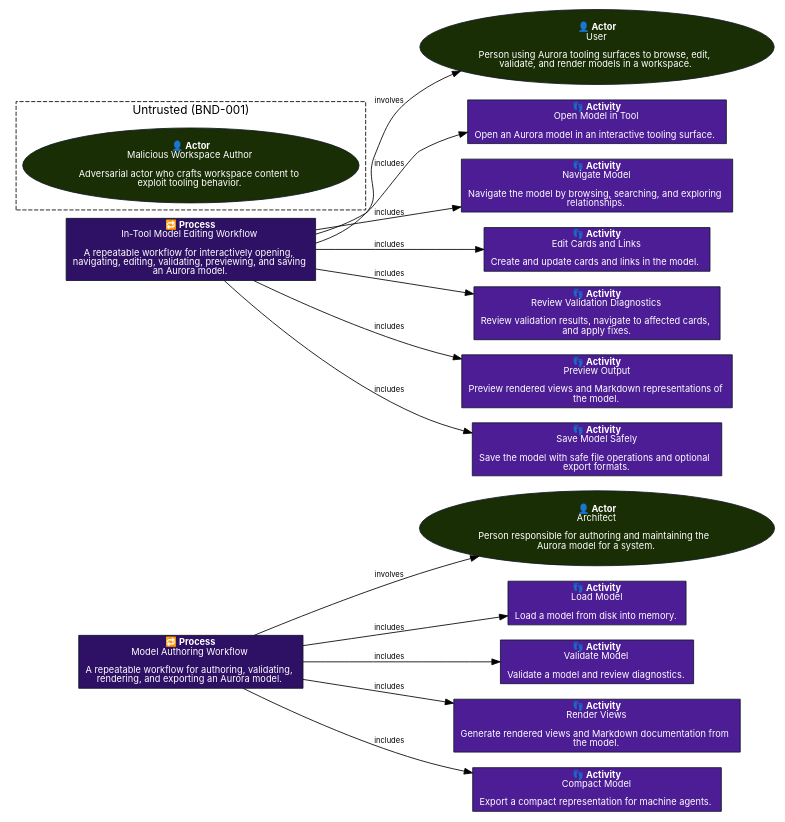
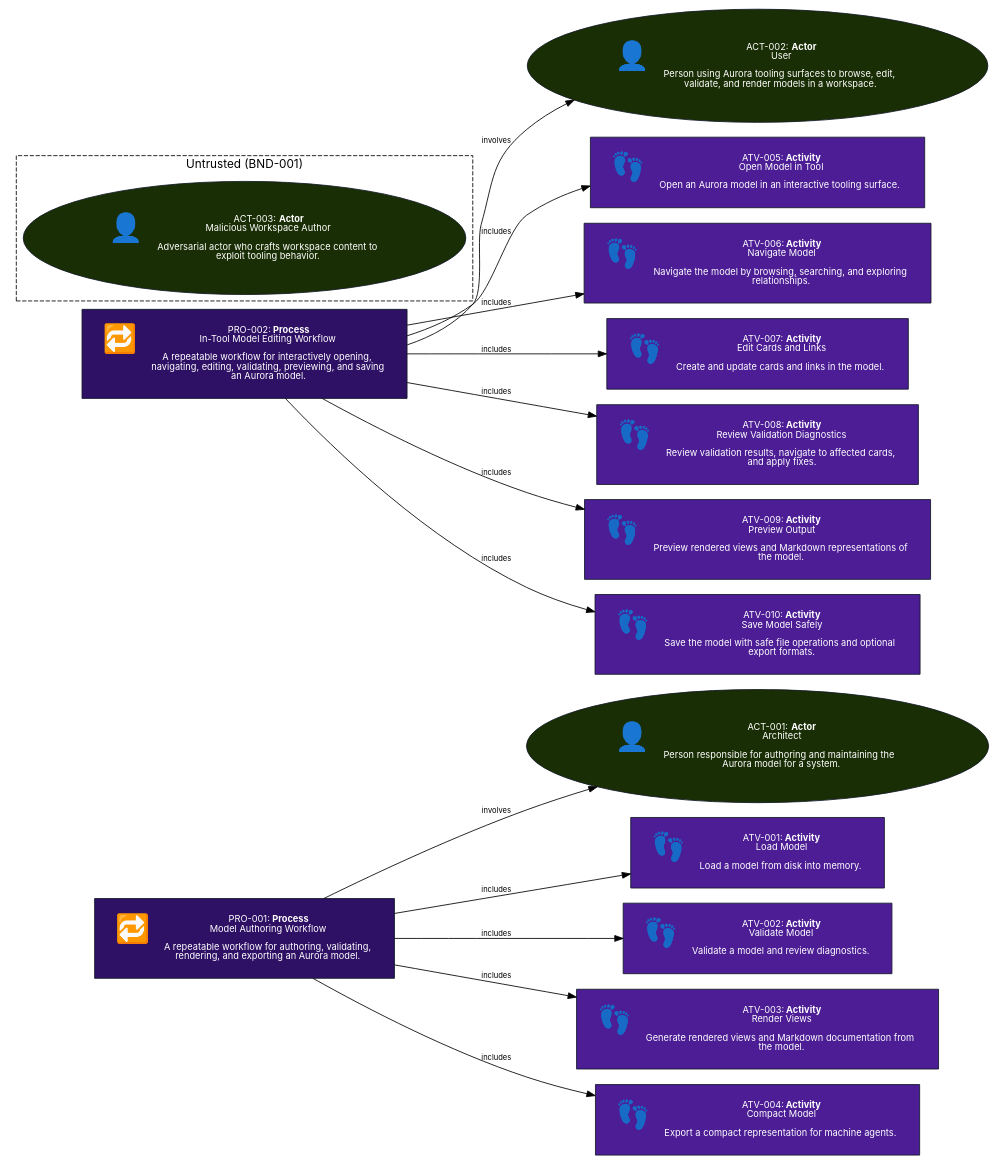
Before and after one commit to JEleniel/aurora: the diagram in docs/design/MIS-001-Provide_Default_Tooling_for_AURORA/Views/source/Runbook_Playbook_Set.view.dot, drawn with Graphviz. The commit also changed 280 other files, not shown here.

```diff
--- a/docs/design/MIS-001-Provide_Default_Tooling_for_AURORA/Views/source/Runbook_Playbook_Set.view.dot
+++ b/docs/design/MIS-001-Provide_Default_Tooling_for_AURORA/Views/source/Runbook_Playbook_Set.view.dot
@@ -1,36 +1,36 @@
 digraph "Runbook / Playbook Set View" {
 	graph [bgcolor="#FFFFFF", fontname="Inter", rankdir="LR", splines="spline"];
 	node [color="#111827", fillcolor="#E5E7EB", fontcolor="#111827", fontname="Inter", fontsize="11", shape="box", style="filled"];
 	edge [color="#000000", fontcolor="#000000", fontname="Inter", fontsize="9"];
-	"ACT-001" [fillcolor="#1a2e05", fontcolor="#FFFFFF", label=<<FONT><B>👤 Actor</B><br />Architect<br /><br />Person responsible for authoring and maintaining the<br />Aurora model for a system.</FONT>>, shape="ellipse"];
-	"ACT-002" [fillcolor="#1a2e05", fontcolor="#FFFFFF", label=<<FONT><B>👤 Actor</B><br />User<br /><br />Person using Aurora tooling surfaces to browse, edit,<br />validate, and render models in a workspace.</FONT>>, shape="ellipse"];
-	"ACT-003" [fillcolor="#1a2e05", fontcolor="#FFFFFF", label=<<FONT><B>👤 Actor</B><br />Malicious Workspace Author<br /><br />Adversarial actor who crafts workspace content to<br />exploit tooling behavior.</FONT>>, shape="ellipse"];
-	"ATV-001" [fillcolor="#4c1d95", fontcolor="#FFFFFF", label=<<FONT><B>👣 Activity</B><br />Load Model<br /><br />Load a model from disk into memory.</FONT>>, shape="box"];
-	"ATV-002" [fillcolor="#4c1d95", fontcolor="#FFFFFF", label=<<FONT><B>👣 Activity</B><br />Validate Model<br /><br />Validate a model and review diagnostics.</FONT>>, shape="box"];
-	"ATV-003" [fillcolor="#4c1d95", fontcolor="#FFFFFF", label=<<FONT><B>👣 Activity</B><br />Render Views<br /><br />Generate rendered views and Markdown documentation from<br />the model.</FONT>>, shape="box"];
-	"ATV-004" [fillcolor="#4c1d95", fontcolor="#FFFFFF", label=<<FONT><B>👣 Activity</B><br />Compact Model<br /><br />Export a compact representation for machine agents.</FONT>>, shape="box"];
-	"ATV-005" [fillcolor="#4c1d95", fontcolor="#FFFFFF", label=<<FONT><B>👣 Activity</B><br />Open Model in Tool<br /><br />Open an Aurora model in an interactive tooling surface.</FONT>>, shape="box"];
-	"ATV-006" [fillcolor="#4c1d95", fontcolor="#FFFFFF", label=<<FONT><B>👣 Activity</B><br />Navigate Model<br /><br />Navigate the model by browsing, searching, and exploring<br />relationships.</FONT>>, shape="box"];
-	"ATV-007" [fillcolor="#4c1d95", fontcolor="#FFFFFF", label=<<FONT><B>👣 Activity</B><br />Edit Cards and Links<br /><br />Create and update cards and links in the model.</FONT>>, shape="box"];
-	"ATV-008" [fillcolor="#4c1d95", fontcolor="#FFFFFF", label=<<FONT><B>👣 Activity</B><br />Review Validation Diagnostics<br /><br />Review validation results, navigate to affected cards,<br />and apply fixes.</FONT>>, shape="box"];
-	"ATV-009" [fillcolor="#4c1d95", fontcolor="#FFFFFF", label=<<FONT><B>👣 Activity</B><br />Preview Output<br /><br />Preview rendered views and Markdown representations of<br />the model.</FONT>>, shape="box"];
-	"ATV-010" [fillcolor="#4c1d95", fontcolor="#FFFFFF", label=<<FONT><B>👣 Activity</B><br />Save Model Safely<br /><br />Save the model with safe file operations and optional<br />export formats.</FONT>>, shape="box"];
-	"PRO-001" [fillcolor="#2e1065", fontcolor="#FFFFFF", label=<<FONT><B>🔁 Process</B><br />Model Authoring Workflow<br /><br />A repeatable workflow for authoring, validating,<br />rendering, and exporting an Aurora model.</FONT>>, shape="box"];
-	"PRO-002" [fillcolor="#2e1065", fontcolor="#FFFFFF", label=<<FONT><B>🔁 Process</B><br />In-Tool Model Editing Workflow<br /><br />A repeatable workflow for interactively opening,<br />navigating, editing, validating, previewing, and saving<br />an Aurora model.</FONT>>, shape="box"];
+	"ACT-001" [fillcolor="#1a2e05", fontcolor="#FFFFFF", label=<<TABLE BORDER="0" CELLBORDER="0" CELLSPACING="16" CELLPADDING="0"><TR><TD ALIGN="LEFT" VALIGN="TOP"><FONT POINT-SIZE="33">👤</FONT></TD><TD ALIGN="LEFT" VALIGN="TOP"><FONT>ACT-001: <B>Actor</B><BR/>Architect<BR/>&#160;<BR/>Person responsible for authoring and maintaining the<BR/>Aurora model for a system.</FONT></TD></TR></TABLE>>, shape="ellipse"];
+	"ACT-002" [fillcolor="#1a2e05", fontcolor="#FFFFFF", label=<<TABLE BORDER="0" CELLBORDER="0" CELLSPACING="16" CELLPADDING="0"><TR><TD ALIGN="LEFT" VALIGN="TOP"><FONT POINT-SIZE="33">👤</FONT></TD><TD ALIGN="LEFT" VALIGN="TOP"><FONT>ACT-002: <B>Actor</B><BR/>User<BR/>&#160;<BR/>Person using Aurora tooling surfaces to browse, edit,<BR/>validate, and render models in a workspace.</FONT></TD></TR></TABLE>>, shape="ellipse"];
+	"ACT-003" [fillcolor="#1a2e05", fontcolor="#FFFFFF", label=<<TABLE BORDER="0" CELLBORDER="0" CELLSPACING="16" CELLPADDING="0"><TR><TD ALIGN="LEFT" VALIGN="TOP"><FONT POINT-SIZE="33">👤</FONT></TD><TD ALIGN="LEFT" VALIGN="TOP"><FONT>ACT-003: <B>Actor</B><BR/>Malicious Workspace Author<BR/>&#160;<BR/>Adversarial actor who crafts workspace content to<BR/>exploit tooling behavior.</FONT></TD></TR></TABLE>>, shape="ellipse"];
+	"ATV-001" [fillcolor="#4c1d95", fontcolor="#FFFFFF", label=<<TABLE BORDER="0" CELLBORDER="0" CELLSPACING="16" CELLPADDING="0"><TR><TD ALIGN="LEFT" VALIGN="TOP"><FONT POINT-SIZE="33">👣</FONT></TD><TD ALIGN="LEFT" VALIGN="TOP"><FONT>ATV-001: <B>Activity</B><BR/>Load Model<BR/>&#160;<BR/>Load a model from disk into memory.</FONT></TD></TR></TABLE>>, shape="box"];
+	"ATV-002" [fillcolor="#4c1d95", fontcolor="#FFFFFF", label=<<TABLE BORDER="0" CELLBORDER="0" CELLSPACING="16" CELLPADDING="0"><TR><TD ALIGN="LEFT" VALIGN="TOP"><FONT POINT-SIZE="33">👣</FONT></TD><TD ALIGN="LEFT" VALIGN="TOP"><FONT>ATV-002: <B>Activity</B><BR/>Validate Model<BR/>&#160;<BR/>Validate a model and review diagnostics.</FONT></TD></TR></TABLE>>, shape="box"];
+	"ATV-003" [fillcolor="#4c1d95", fontcolor="#FFFFFF", label=<<TABLE BORDER="0" CELLBORDER="0" CELLSPACING="16" CELLPADDING="0"><TR><TD ALIGN="LEFT" VALIGN="TOP"><FONT POINT-SIZE="33">👣</FONT></TD><TD ALIGN="LEFT" VALIGN="TOP"><FONT>ATV-003: <B>Activity</B><BR/>Render Views<BR/>&#160;<BR/>Generate rendered views and Markdown documentation from<BR/>the model.</FONT></TD></TR></TABLE>>, shape="box"];
+	"ATV-004" [fillcolor="#4c1d95", fontcolor="#FFFFFF", label=<<TABLE BORDER="0" CELLBORDER="0" CELLSPACING="16" CELLPADDING="0"><TR><TD ALIGN="LEFT" VALIGN="TOP"><FONT POINT-SIZE="33">👣</FONT></TD><TD ALIGN="LEFT" VALIGN="TOP"><FONT>ATV-004: <B>Activity</B><BR/>Compact Model<BR/>&#160;<BR/>Export a compact representation for machine agents.</FONT></TD></TR></TABLE>>, shape="box"];
+	"ATV-005" [fillcolor="#4c1d95", fontcolor="#FFFFFF", label=<<TABLE BORDER="0" CELLBORDER="0" CELLSPACING="16" CELLPADDING="0"><TR><TD ALIGN="LEFT" VALIGN="TOP"><FONT POINT-SIZE="33">👣</FONT></TD><TD ALIGN="LEFT" VALIGN="TOP"><FONT>ATV-005: <B>Activity</B><BR/>Open Model in Tool<BR/>&#160;<BR/>Open an Aurora model in an interactive tooling surface.</FONT></TD></TR></TABLE>>, shape="box"];
+	"ATV-006" [fillcolor="#4c1d95", fontcolor="#FFFFFF", label=<<TABLE BORDER="0" CELLBORDER="0" CELLSPACING="16" CELLPADDING="0"><TR><TD ALIGN="LEFT" VALIGN="TOP"><FONT POINT-SIZE="33">👣</FONT></TD><TD ALIGN="LEFT" VALIGN="TOP"><FONT>ATV-006: <B>Activity</B><BR/>Navigate Model<BR/>&#160;<BR/>Navigate the model by browsing, searching, and exploring<BR/>relationships.</FONT></TD></TR></TABLE>>, shape="box"];
+	"ATV-007" [fillcolor="#4c1d95", fontcolor="#FFFFFF", label=<<TABLE BORDER="0" CELLBORDER="0" CELLSPACING="16" CELLPADDING="0"><TR><TD ALIGN="LEFT" VALIGN="TOP"><FONT POINT-SIZE="33">👣</FONT></TD><TD ALIGN="LEFT" VALIGN="TOP"><FONT>ATV-007: <B>Activity</B><BR/>Edit Cards and Links<BR/>&#160;<BR/>Create and update cards and links in the model.</FONT></TD></TR></TABLE>>, shape="box"];
+	"ATV-008" [fillcolor="#4c1d95", fontcolor="#FFFFFF", label=<<TABLE BORDER="0" CELLBORDER="0" CELLSPACING="16" CELLPADDING="0"><TR><TD ALIGN="LEFT" VALIGN="TOP"><FONT POINT-SIZE="33">👣</FONT></TD><TD ALIGN="LEFT" VALIGN="TOP"><FONT>ATV-008: <B>Activity</B><BR/>Review Validation Diagnostics<BR/>&#160;<BR/>Review validation results, navigate to affected cards,<BR/>and apply fixes.</FONT></TD></TR></TABLE>>, shape="box"];
+	"ATV-009" [fillcolor="#4c1d95", fontcolor="#FFFFFF", label=<<TABLE BORDER="0" CELLBORDER="0" CELLSPACING="16" CELLPADDING="0"><TR><TD ALIGN="LEFT" VALIGN="TOP"><FONT POINT-SIZE="33">👣</FONT></TD><TD ALIGN="LEFT" VALIGN="TOP"><FONT>ATV-009: <B>Activity</B><BR/>Preview Output<BR/>&#160;<BR/>Preview rendered views and Markdown representations of<BR/>the model.</FONT></TD></TR></TABLE>>, shape="box"];
+	"ATV-010" [fillcolor="#4c1d95", fontcolor="#FFFFFF", label=<<TABLE BORDER="0" CELLBORDER="0" CELLSPACING="16" CELLPADDING="0"><TR><TD ALIGN="LEFT" VALIGN="TOP"><FONT POINT-SIZE="33">👣</FONT></TD><TD ALIGN="LEFT" VALIGN="TOP"><FONT>ATV-010: <B>Activity</B><BR/>Save Model Safely<BR/>&#160;<BR/>Save the model with safe file operations and optional<BR/>export formats.</FONT></TD></TR></TABLE>>, shape="box"];
+	"PRO-001" [fillcolor="#2e1065", fontcolor="#FFFFFF", label=<<TABLE BORDER="0" CELLBORDER="0" CELLSPACING="16" CELLPADDING="0"><TR><TD ALIGN="LEFT" VALIGN="TOP"><FONT POINT-SIZE="33">🔁</FONT></TD><TD ALIGN="LEFT" VALIGN="TOP"><FONT>PRO-001: <B>Process</B><BR/>Model Authoring Workflow<BR/>&#160;<BR/>A repeatable workflow for authoring, validating,<BR/>rendering, and exporting an Aurora model.</FONT></TD></TR></TABLE>>, shape="box"];
+	"PRO-002" [fillcolor="#2e1065", fontcolor="#FFFFFF", label=<<TABLE BORDER="0" CELLBORDER="0" CELLSPACING="16" CELLPADDING="0"><TR><TD ALIGN="LEFT" VALIGN="TOP"><FONT POINT-SIZE="33">🔁</FONT></TD><TD ALIGN="LEFT" VALIGN="TOP"><FONT>PRO-002: <B>Process</B><BR/>In-Tool Model Editing Workflow<BR/>&#160;<BR/>A repeatable workflow for interactively opening,<BR/>navigating, editing, validating, previewing, and saving<BR/>an Aurora model.</FONT></TD></TR></TABLE>>, shape="box"];
 	"PRO-001" -> "ACT-001" [label="involves"];
 	"PRO-001" -> "ATV-001" [label="includes"];
 	"PRO-001" -> "ATV-002" [label="includes"];
 	"PRO-001" -> "ATV-003" [label="includes"];
 	"PRO-001" -> "ATV-004" [label="includes"];
 	"PRO-002" -> "ACT-002" [label="involves"];
 	"PRO-002" -> "ATV-005" [label="includes"];
 	"PRO-002" -> "ATV-006" [label="includes"];
 	"PRO-002" -> "ATV-007" [label="includes"];
 	"PRO-002" -> "ATV-008" [label="includes"];
 	"PRO-002" -> "ATV-009" [label="includes"];
 	"PRO-002" -> "ATV-010" [label="includes"];
 	subgraph "cluster_BND-001" {
 		graph [color="#000000", label="Untrusted (BND-001)", style="dashed"];
 		"ACT-003";
 	}
 }
```
